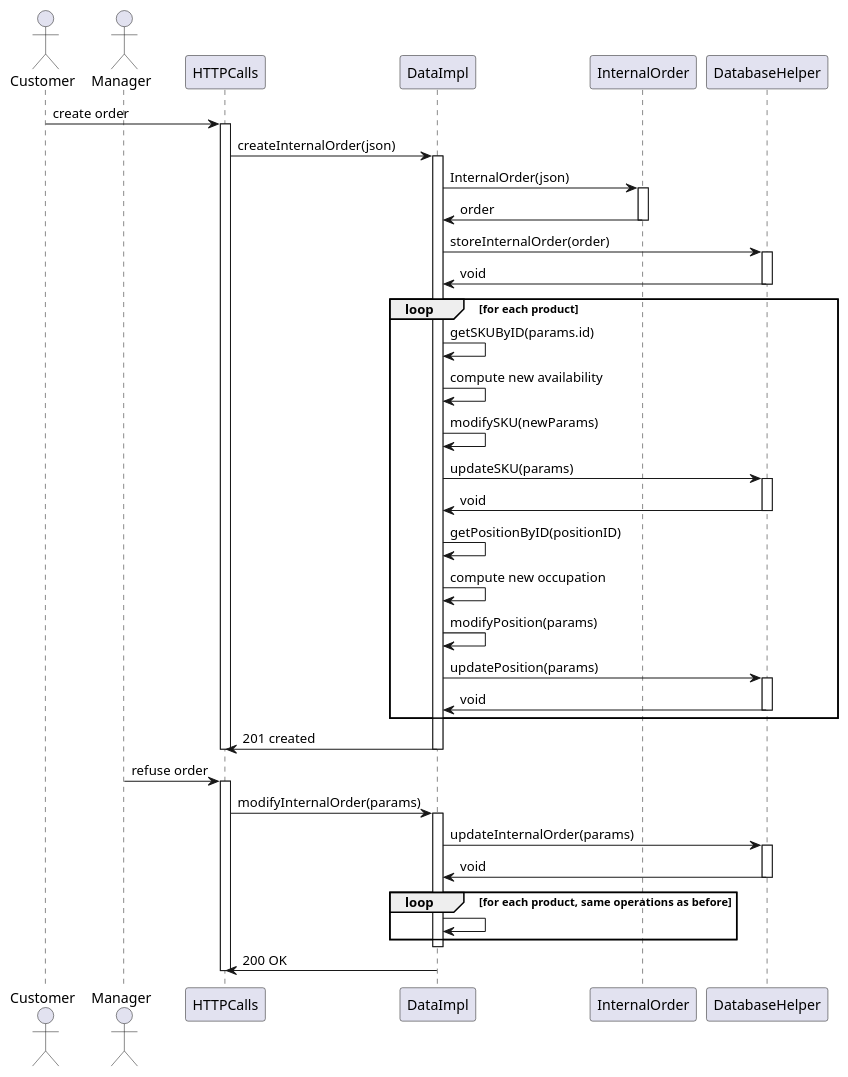
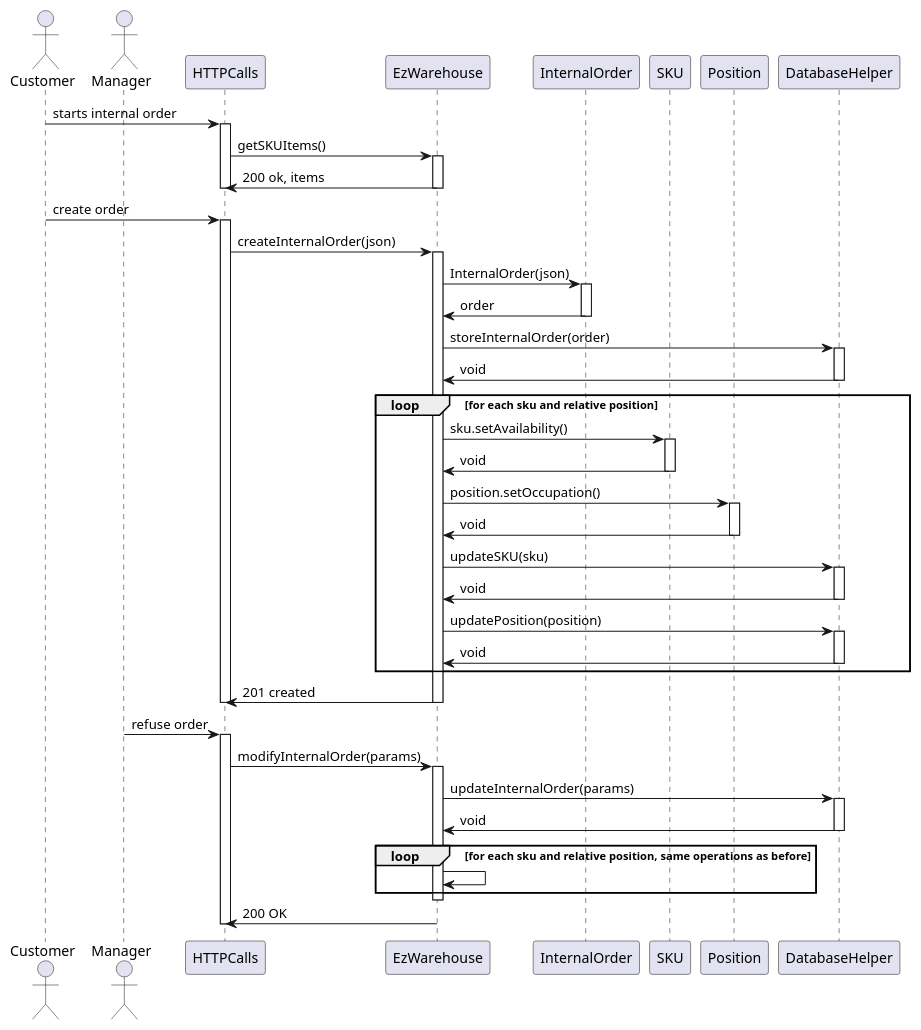
Before and after one commit to DavideArcolini/SoftEng_garbageCollector: diagram 17 of 20 in DESIGN PART/DesignDocument.md, drawn with PlantUML. The commit also changed other lines of this file, not shown here.

````diff
--- a/DESIGN PART/DesignDocument.md
+++ b/DESIGN PART/DesignDocument.md
@@ -454,53 +1161,70 @@
 ```plantuml
-actor Customer
-actor Manager
+actor Customer as C
+actor Manager as M
 
-Customer -> HTTPCalls : create order
-activate HTTPCalls
-HTTPCalls -> DataImpl : createInternalOrder(json)
-activate DataImpl
-DataImpl -> InternalOrder : InternalOrder(json)
-activate InternalOrder
-DataImpl <- InternalOrder : order
-deactivate InternalOrder
-DataImpl -> DatabaseHelper : storeInternalOrder(order)
-activate DatabaseHelper
-DataImpl <- DatabaseHelper : void
-deactivate DatabaseHelper
+participant HTTPCalls as H
+participant EzWarehouse as ezwh
+participant InternalOrder as I
+participant SKU as S
+participant Position as P
+participant DatabaseHelper as DH
 
-loop for each product
-DataImpl -> DataImpl : getSKUByID(params.id)
-DataImpl -> DataImpl : compute new availability
-DataImpl -> DataImpl : modifySKU(newParams)
-DataImpl -> DatabaseHelper: updateSKU(params)
-activate DatabaseHelper
-DataImpl <- DatabaseHelper: void
-deactivate DatabaseHelper
-DataImpl -> DataImpl : getPositionByID(positionID)
-DataImpl -> DataImpl : compute new occupation
-DataImpl -> DataImpl : modifyPosition(params)
-DataImpl -> DatabaseHelper: updatePosition(params)
-activate DatabaseHelper
-DataImpl <- DatabaseHelper: void
-deactivate DatabaseHelper
+C -> H : starts internal order
+activate H
+H -> ezwh : getSKUItems()
+activate ezwh
+ezwh -> H : 200 ok, items
+deactivate ezwh
+deactivate H
+
+C -> H : create order
+activate H
+H -> ezwh : createInternalOrder(json)
+activate ezwh
+ezwh -> I : InternalOrder(json)
+activate I
+ezwh <- I : order
+deactivate I
+ezwh -> DH : storeInternalOrder(order)
+activate DH
+ezwh <- DH : void
+deactivate DH
+
+loop for each sku and relative position
+ezwh -> S : sku.setAvailability()
+activate S
+S -> ezwh : void
+deactivate S
+ezwh -> P : position.setOccupation()
+activate P
+P -> ezwh : void
+deactivate P
+ezwh -> DH : updateSKU(sku)
+activate DH
+DH -> ezwh : void
+deactivate DH
+ezwh -> DH : updatePosition(position)
+activate DH
+DH -> ezwh : void
+deactivate DH
 end
-DataImpl -> HTTPCalls : 201 created
-deactivate DataImpl
-deactivate HTTPCalls
+ezwh -> H : 201 created
+deactivate ezwh
+deactivate H
 
-Manager -> HTTPCalls : refuse order
-activate HTTPCalls
-HTTPCalls -> DataImpl : modifyInternalOrder(params)
-activate DataImpl
-DataImpl -> DatabaseHelper : updateInternalOrder(params)
-activate DatabaseHelper
-DataImpl <- DatabaseHelper: void
-deactivate DatabaseHelper
+M -> H : refuse order
+activate H
+H -> ezwh : modifyInternalOrder(params)
+activate ezwh
+ezwh -> DH : updateInternalOrder(params)
+activate DH
+ezwh <- DH: void
+deactivate DH
 
-loop for each product, same operations as before
-DataImpl -> DataImpl
+loop for each sku and relative position, same operations as before
+ezwh -> ezwh
 end
-deactivate DataImpl
-DataImpl -> HTTPCalls : 200 OK
-deactivate HTTPCalls
+deactivate ezwh
+ezwh -> H : 200 OK
+deactivate H
 ```
````
